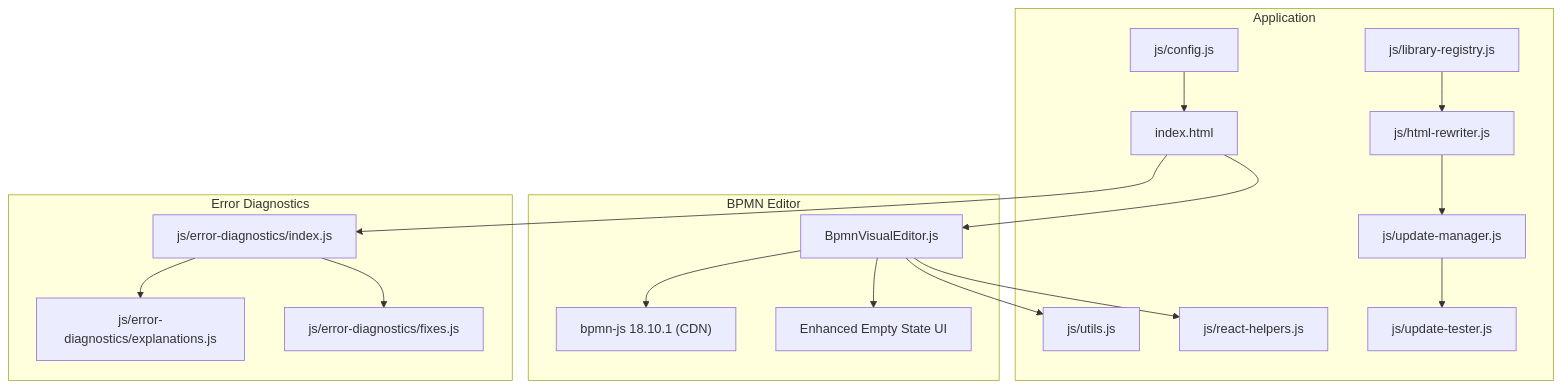
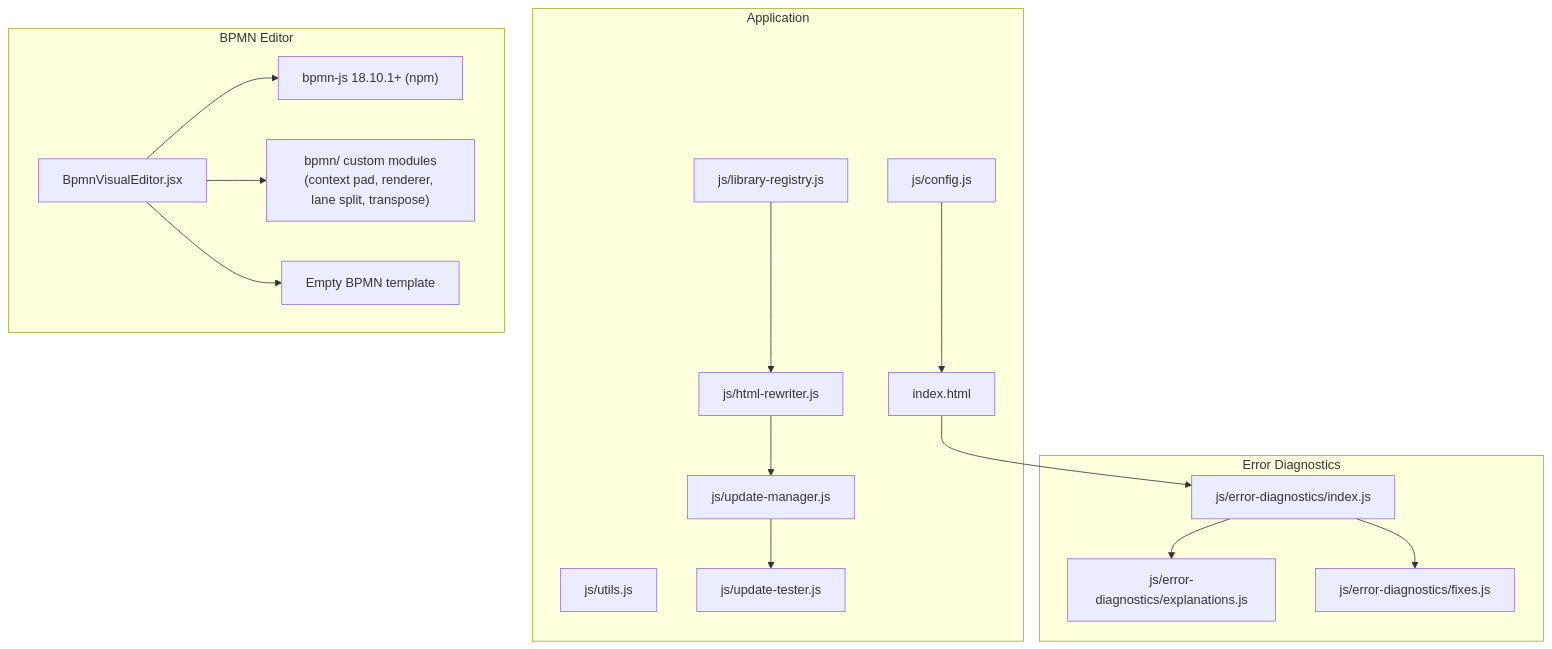
Before and after one commit to ongchonghian/universal-diagram-editor: the first of 5 diagrams in .qoder/repowiki/en/content/Editor Architecture/Visual Editors/BPMN Visual Editor.md, drawn with Mermaid. The commit also changed other lines of this file and 31 other files, not shown here.

````diff
--- a/.qoder/repowiki/en/content/Editor Architecture/Visual Editors/BPMN Visual Editor.md
+++ b/.qoder/repowiki/en/content/Editor Architecture/Visual Editors/BPMN Visual Editor.md
@@ -55,35 +57,33 @@
 ```mermaid
 graph TB
 subgraph "Application"
 IndexHTML["index.html"]
 ConfigJS["js/config.js"]
 UtilsJS["js/utils.js"]
-ReactHelpers["js/react-helpers.js"]
 LibraryRegistry["js/library-registry.js"]
 HtmlRewriter["js/html-rewriter.js"]
 UpdateManager["js/update-manager.js"]
 UpdateTester["js/update-tester.js"]
 end
 subgraph "BPMN Editor"
-BpmnEditor["BpmnVisualEditor.js"]
-BpmnJS["bpmn-js 18.10.1 (CDN)"]
-EmptyState["Enhanced Empty State UI"]
+BpmnEditor["BpmnVisualEditor.jsx"]
+BpmnJS["bpmn-js 18.10.1+ (npm)"]
+CustomMods["bpmn/ custom modules<br/>(context pad, renderer, lane split, transpose)"]
+EmptyTpl["Empty BPMN template"]
 end
 subgraph "Error Diagnostics"
 ErrorIndex["js/error-diagnostics/index.js"]
 ErrorExplanations["js/error-diagnostics/explanations.js"]
 ErrorFixes["js/error-diagnostics/fixes.js"]
 end
-IndexHTML --> BpmnEditor
-BpmnEditor --> UtilsJS
-BpmnEditor --> ReactHelpers
 BpmnEditor --> BpmnJS
-BpmnEditor --> EmptyState
+BpmnEditor --> CustomMods
+BpmnEditor --> EmptyTpl
 IndexHTML --> ErrorIndex
 ErrorIndex --> ErrorExplanations
 ErrorIndex --> ErrorFixes
 LibraryRegistry --> HtmlRewriter
 HtmlRewriter --> UpdateManager
 UpdateManager --> UpdateTester
 ConfigJS --> IndexHTML
 ```
````
